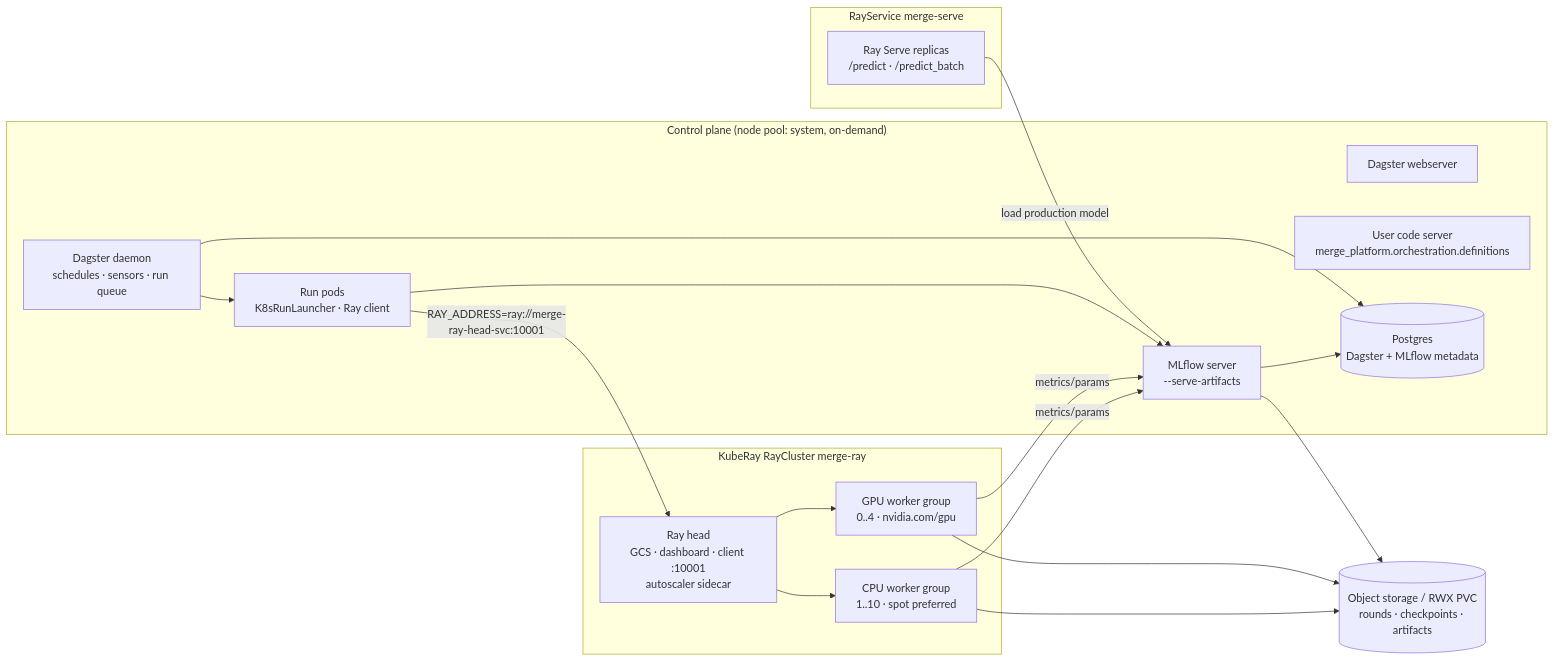
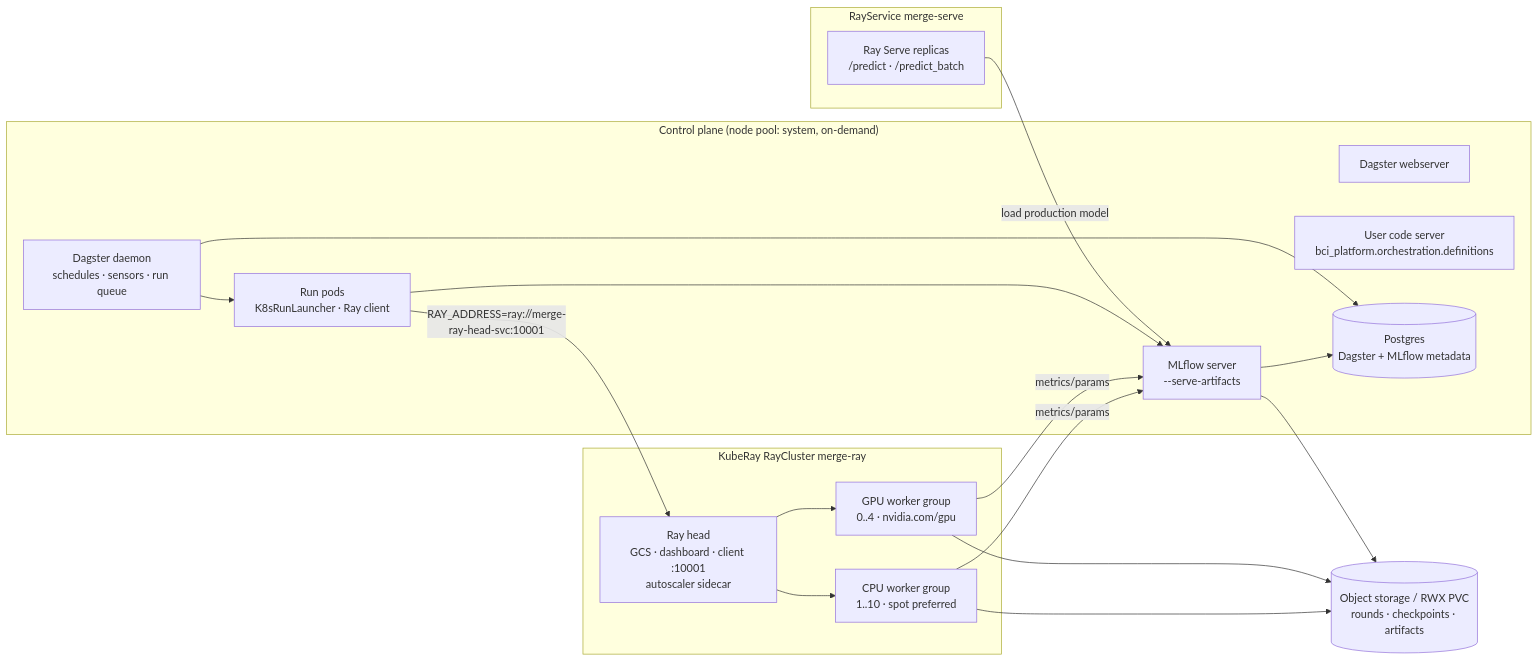
Before and after one commit to hyperscaleailabs/bci-launchpad: the diagram in infra/k8s/README.md, drawn with Mermaid. The commit also changed other lines of this file and 161 other files, not shown here.

Commit message:
Rename package merge_platform -> bci_platform (and merge-platform -> bci-platform)

````diff
--- a/infra/k8s/README.md
+++ b/infra/k8s/README.md
@@ -18,31 +18,31 @@
 ```mermaid
 flowchart LR
   subgraph CP["Control plane (node pool: system, on-demand)"]
     DW[Dagster webserver]
     DD[Dagster daemon<br/>schedules · sensors · run queue]
-    UC[User code server<br/>merge_platform.orchestration.definitions]
+    UC[User code server<br/>bci_platform.orchestration.definitions]
     RP[Run pods<br/>K8sRunLauncher · Ray client]
     PG[(Postgres<br/>Dagster + MLflow metadata)]
     ML[MLflow server<br/>--serve-artifacts]
   end
   subgraph RC["KubeRay RayCluster merge-ray"]
     H[Ray head<br/>GCS · dashboard · client :10001<br/>autoscaler sidecar]
     CW[CPU worker group<br/>1..10 · spot preferred]
     GW[GPU worker group<br/>0..4 · nvidia.com/gpu]
   end
   subgraph RS["RayService merge-serve"]
     SV[Ray Serve replicas<br/>/predict · /predict_batch]
   end
   OBJ[(Object storage / RWX PVC<br/>rounds · checkpoints · artifacts)]
 
   DD --> RP
   RP -- "RAY_ADDRESS=ray://merge-ray-head-svc:10001" --> H
   H --> CW & GW
   CW & GW -- metrics/params --> ML
   RP --> ML
   ML --> PG
   DD --> PG
   ML --> OBJ
   CW & GW --> OBJ
   SV -- load production model --> ML
 ```
````
